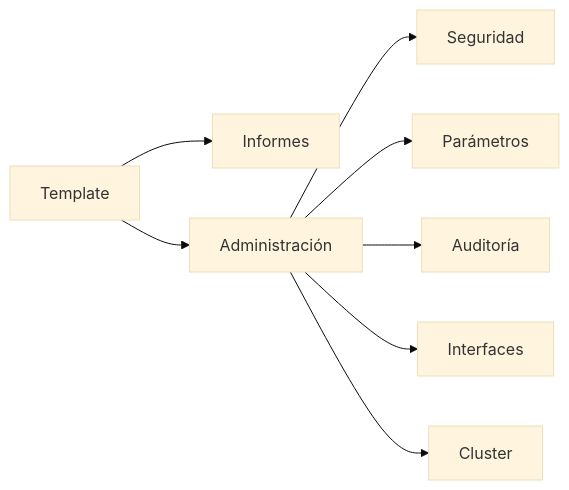
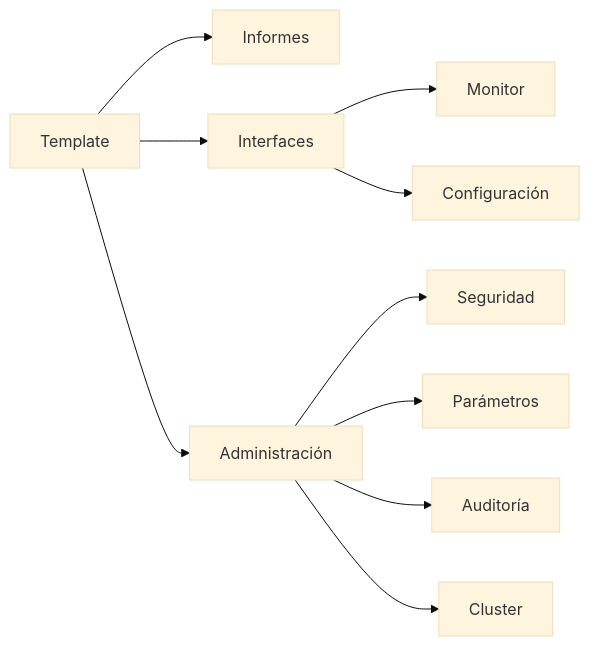
The fifth of 5 diagrams in template-docs/01-introduction/architecture.md (ijgomez/template), drawn with Mermaid (base theme) before and after one commit. The commit also changed 24 other files, not shown here.

First line of the commit message:
feat: módulo Interfaces como módulo de primer nivel con Monitor y Configuración

````diff
--- a/template-docs/01-introduction/architecture.md
+++ b/template-docs/01-introduction/architecture.md
@@ -268,19 +268,23 @@
 ```mermaid
 flowchart LR
 
 Template
 
 Template --> Reports["Informes"]
+
+Template --> Interfaces["Interfaces"]
+
+Interfaces --> Monitor["Monitor"]
+
+Interfaces --> Configuration["Configuración"]
 
 Template --> Administration["Administración"]
 
 Administration --> Security["Seguridad"]
 
 Administration --> Parameters["Parámetros"]
 
 Administration --> Audit["Auditoría"]
 
-Administration --> Interfaces["Interfaces"]
-
 Administration --> Cluster["Cluster"]
 ```
````
